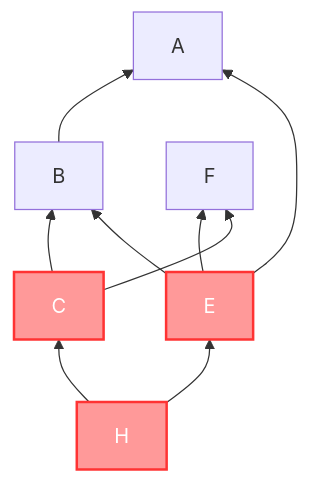
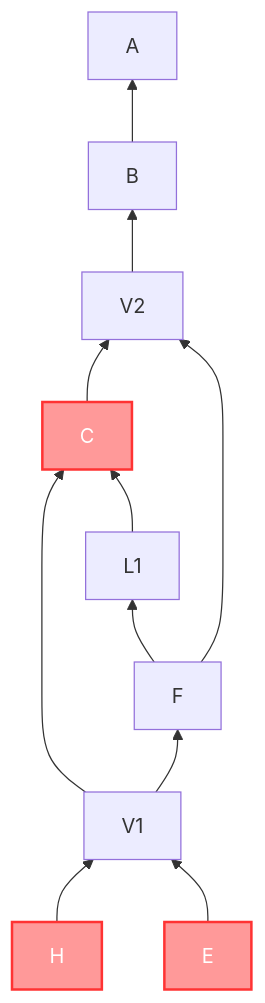
Before and after one commit to Frank-Steven/HoundWhiteboard: the seventh of 8 diagrams in src/templates/whiteboard/utils/tier-graph-document.md, drawn with Mermaid. The commit also changed other lines of this file and 8 other files, not shown here.

Commit message:
feat(board): 实现有向图系统 - 添加用于对象分层和选择的层级图的有向图实现 - 设置 Jest 测试环境和配置 - 将依赖项更新到最新版本 (Electron 39、Jest 30、mathjs 15) - 修复 `randomNumberPool` 类中的长度跟踪、边界检查、方法引用错误 - 将 MolecularOperation 提取到单独的模块中，以更好地组织代码 - 使用单用户分层方法修订层级图算法文档

````diff
--- a/src/templates/whiteboard/utils/tier-graph-document.md
+++ b/src/templates/whiteboard/utils/tier-graph-document.md
@@ -237,14 +246,16 @@
 ```mermaid
 graph BT
-  H --> C
-  C --> B
   B --> A
-  E --> A
-  E --> F
+  H --> V1
+  E --> V1
+  V1 --> C
+  V1 --> F
+  F --> L1
+  L1 --> C
+  C --> V2
+  F --> V2
+  V2 --> B
   style C fill:#ff9999,stroke:#ff3333,stroke-width:2px,color:#fff
   style E fill:#ff9999,stroke:#ff3333,stroke-width:2px,color:#fff
   style H fill:#ff9999,stroke:#ff3333,stroke-width:2px,color:#fff
-  C --> F
-  E --> B
-  H --> E
 ```
````
